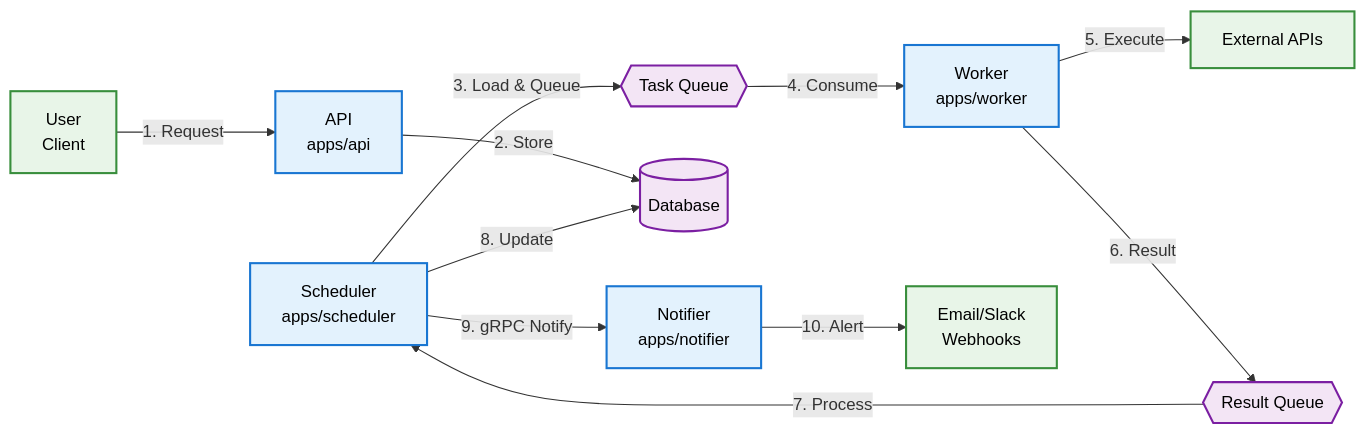
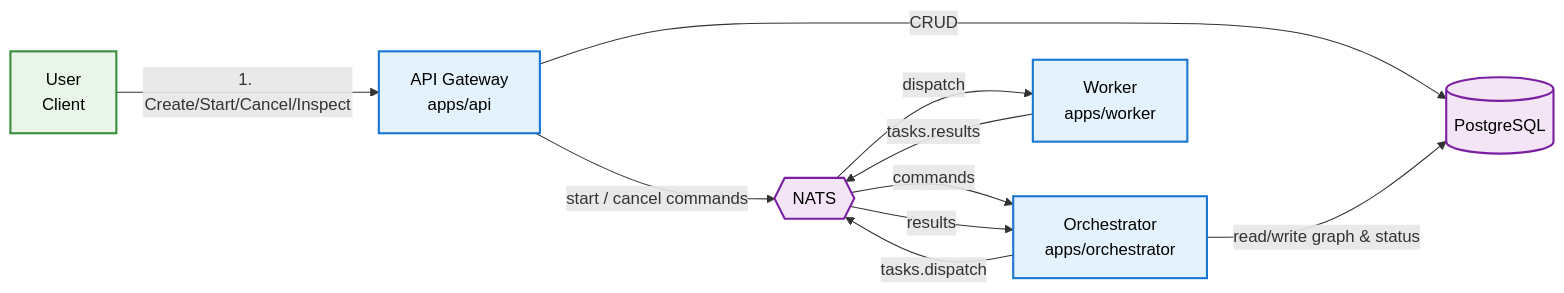
The first of 2 diagrams in README.md (Hhacel/TaskFlow), drawn with Mermaid before and after one commit. The commit also changed other lines of this file and 55 other files, not shown here.

````diff
--- a/README.md
+++ b/README.md
@@ -14,46 +11,27 @@
 ```mermaid
 flowchart LR
-    %% Row 1: User Input
-    User["User<br/>Client"] 
-    
-    %% Row 2: API
-    API["API<br/>apps/api"]
-    
-    %% Row 3: Core Services (horizontal alignment)
-    SCH["Scheduler<br/>apps/scheduler"]
-    NOT["Notifier<br/>apps/notifier"]
-    
-    %% Row 4: Worker
+    User["User<br/>Client"]
+    API["API Gateway<br/>apps/api"]
+    ORCH["Orchestrator<br/>apps/orchestrator"]
     WRK["Worker<br/>apps/worker"]
-    
-    %% Row 5: External
-    External["External APIs"]
-    Email["Email/Slack<br/>Webhooks"]
-    
-    %% Data Layer (bottom row)
-    DB[("Database")]
-    MQ_Task{{"Task Queue"}}
-    MQ_Result{{"Result Queue"}}
+    DB[("PostgreSQL")]
+    NATS{{"NATS"}}
 
-    %% Main Flow (numbered for clarity)
-    User -->|"1. Request"| API
-    API -->|"2. Store"| DB
-    SCH -->|"3. Load & Queue"| MQ_Task
-    MQ_Task -->|"4. Consume"| WRK
-    WRK -->|"5. Execute"| External
-    WRK -->|"6. Result"| MQ_Result
-    MQ_Result -->|"7. Process"| SCH
-    SCH -->|"8. Update"| DB
-    SCH -->|"9. gRPC Notify"| NOT
-    NOT -->|"10. Alert"| Email
+    User -->|"1. Create/Start/Cancel/Inspect"| API
+    API -->|"CRUD"| DB
+    API -->|"start / cancel commands"| NATS
+    NATS -->|"commands"| ORCH
+    ORCH -->|"read/write graph & status"| DB
+    ORCH -->|"tasks.dispatch"| NATS
+    NATS -->|"dispatch"| WRK
+    WRK -->|"tasks.results"| NATS
+    NATS -->|"results"| ORCH
 
-    %% Styling
     classDef service fill:#e3f2fd,stroke:#1976d2,stroke-width:2px,color:#000000
     classDef data fill:#f3e5f5,stroke:#7b1fa2,stroke-width:2px,color:#000000
     classDef external fill:#e8f5e8,stroke:#388e3c,stroke-width:2px,color:#000000
-    classDef support fill:#fff3e0,stroke:#f57c00,stroke-width:2px,color:#000000
-    
-    class API,SCH,NOT,WRK service
-    class DB,MQ_Task,MQ_Result data
-    class User,External,Email external
+
+    class API,ORCH,WRK service
+    class DB,NATS data
+    class User external
 ```
````
